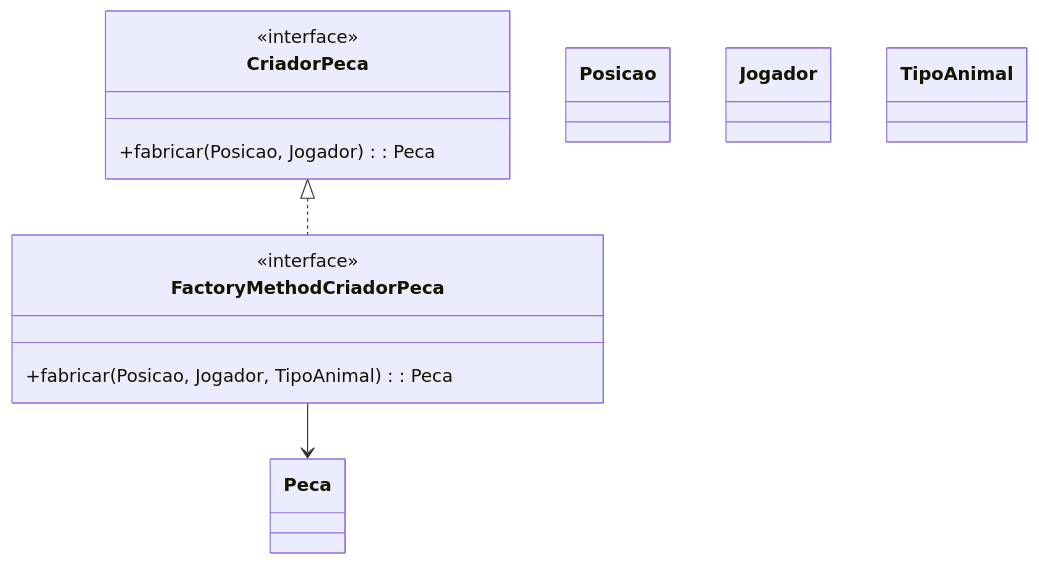
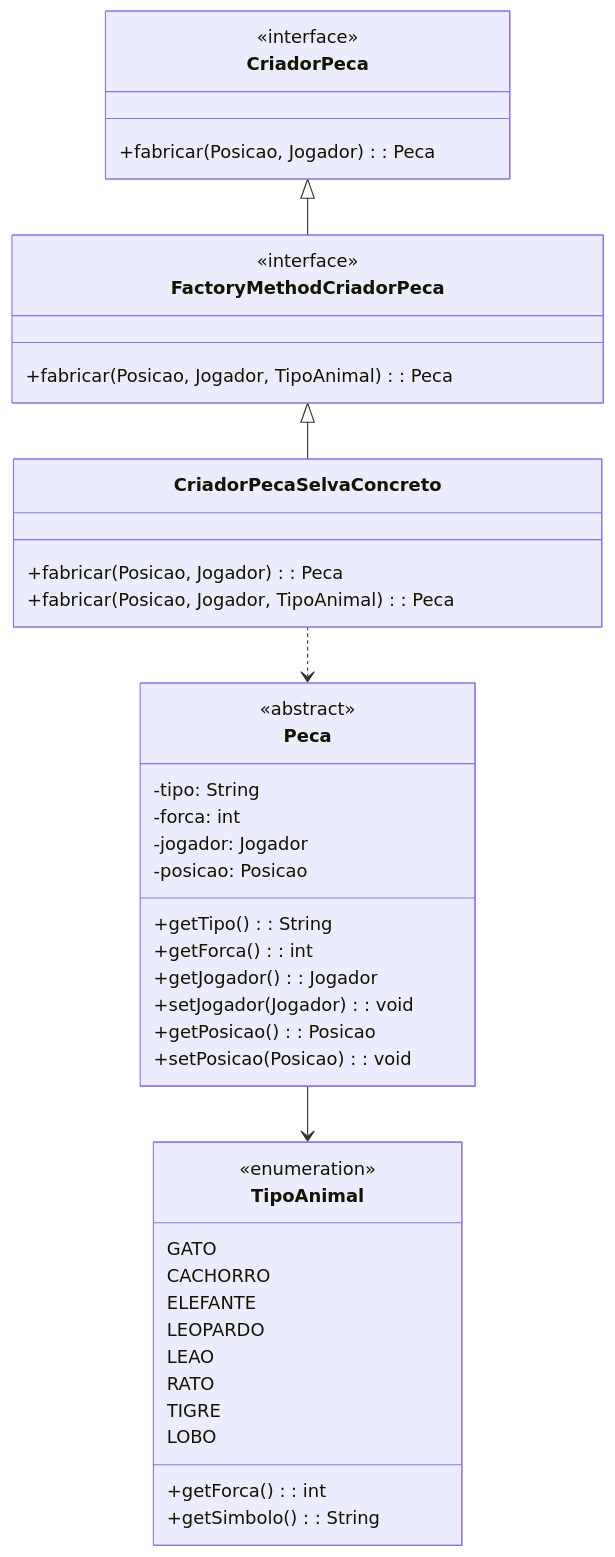
The fourth of 14 diagrams in README.md (20242-ifba-saj-ads-ppr/framework-equipe4), drawn with Mermaid before and after one commit.

````diff
--- a/README.md
+++ b/README.md
@@ -200,20 +200,52 @@
 ```mermaid
 classDiagram
     class CriadorPeca {
         <<interface>>
         +fabricar(Posicao, Jogador): Peca
     }
 
     class FactoryMethodCriadorPeca {
         <<interface>>
         +fabricar(Posicao, Jogador, TipoAnimal): Peca
     }
 
-    class Peca
-    class Posicao
-    class Jogador
-    class TipoAnimal
+    class CriadorPecaSelvaConcreto {
+        +fabricar(Posicao, Jogador): Peca
+        +fabricar(Posicao, Jogador, TipoAnimal): Peca
+    }
 
-    CriadorPeca <|.. FactoryMethodCriadorPeca
-    FactoryMethodCriadorPeca --> Peca
+    class Peca {
+        <<abstract>>
+        -tipo: String
+        -forca: int
+        -jogador: Jogador
+        -posicao: Posicao
+        +getTipo(): String
+        +getForca(): int
+        +getJogador(): Jogador
+        +setJogador(Jogador): void
+        +getPosicao(): Posicao
+        +setPosicao(Posicao): void
+    }
+
+    class TipoAnimal {
+        <<enumeration>>
+        GATO
+        CACHORRO
+        ELEFANTE
+        LEOPARDO
+        LEAO
+        RATO
+        TIGRE
+        LOBO
+        +getForca(): int
+        +getSimbolo(): String
+    }
+
+    CriadorPeca <|-- FactoryMethodCriadorPeca
+    FactoryMethodCriadorPeca <|-- CriadorPecaSelvaConcreto
+    CriadorPecaSelvaConcreto ..> Peca
+    Peca --> TipoAnimal
+  
+	
 ```
````
